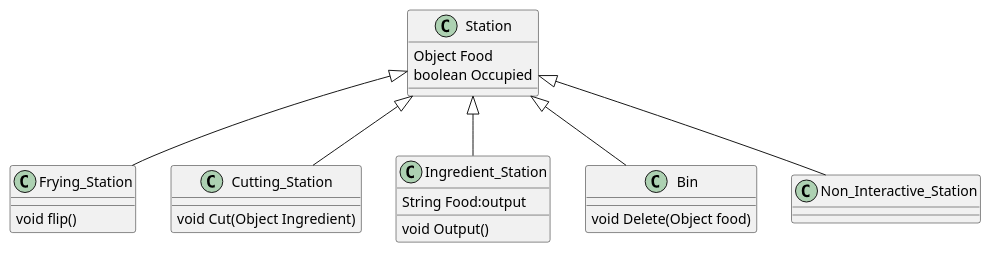
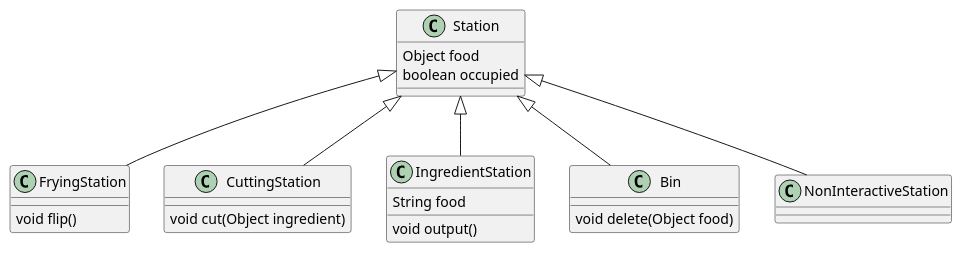
The diagram in Architecture Diagrams/Class Diagrams/Class Station Diagrams.wsd (Runtime-Terrors-Team-5/UML-Diagrams), drawn with PlantUML before and after one commit. The commit also changed 1 other file, not shown here.

Commit message:
follows UML convention

```diff
--- a/Architecture Diagrams/Class Diagrams/Class Station Diagrams.wsd
+++ b/Architecture Diagrams/Class Diagrams/Class Station Diagrams.wsd
@@ -1,25 +1,25 @@
 @startuml
 class Station{
-    Object Food 
-    boolean Occupied
+    Object food 
+    boolean occupied
 }
-class Frying_Station{
+class FryingStation{
     void flip()
 }
-class Cutting_Station{
-    void Cut(Object Ingredient)
+class CuttingStation{
+    void cut(Object ingredient)
 }
-class Ingredient_Station{
-    String Food:output
-    void Output()
+class IngredientStation{
+    String food
+    void output()
 }
 Class Bin{
-    void Delete(Object food)
+    void delete(Object food)
 }
-class Non_Interactive_Station{}
-Station <|-- Frying_Station
-Station <|-- Cutting_Station
-Station <|-- Ingredient_Station
+class NonInteractiveStation{}
+Station <|-- FryingStation
+Station <|-- CuttingStation
+Station <|-- IngredientStation
 Station <|-- Bin
-Station <|-- Non_Interactive_Station
+Station <|-- NonInteractiveStation
 @enduml
```
